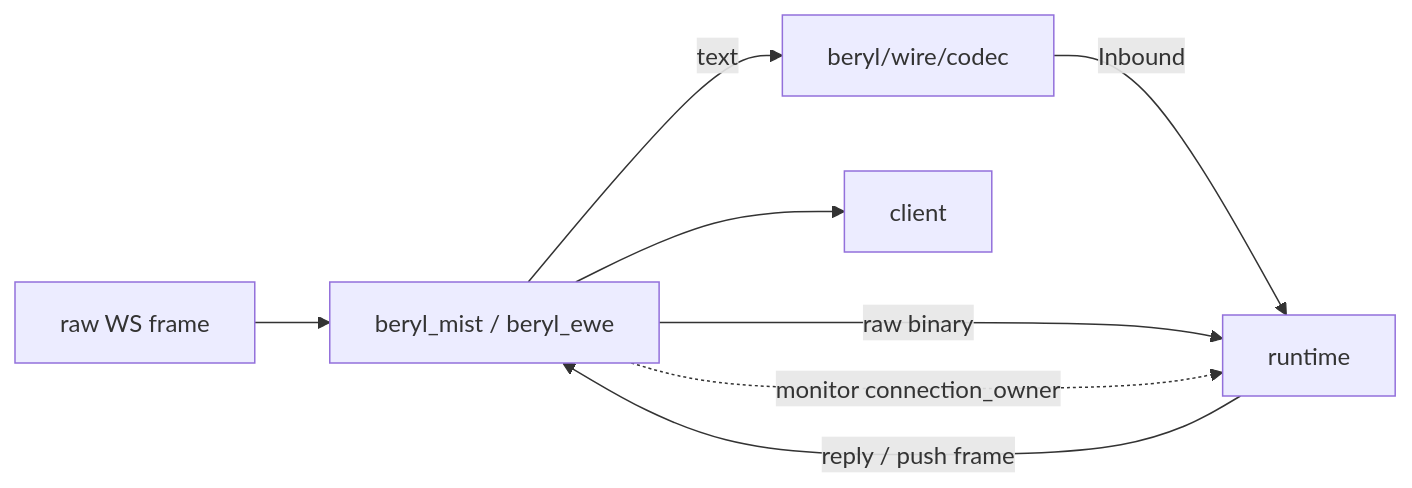
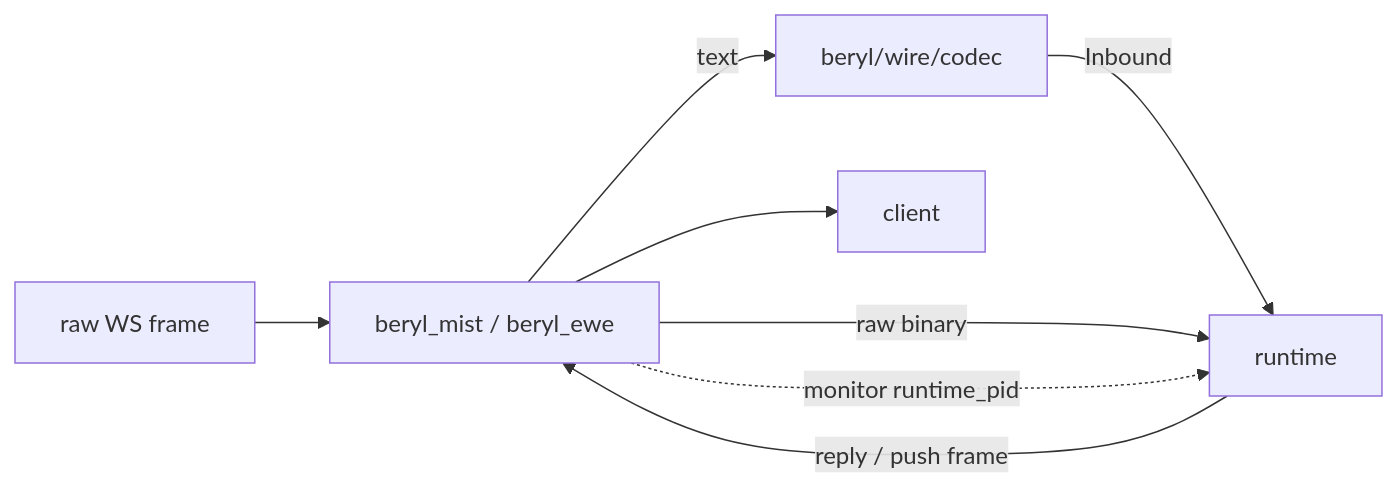
The diagram in website/src/content/docs/architecture/wire-and-transport.md (tylerbutler/beryl), drawn with Mermaid before and after one commit. The commit also changed other lines of this file and 15 other files, not shown here.

````diff
--- a/website/src/content/docs/architecture/wire-and-transport.md
+++ b/website/src/content/docs/architecture/wire-and-transport.md
@@ -86,10 +86,10 @@
 ```mermaid
 flowchart LR
   FR["raw WS frame"] --> TR["beryl_mist / beryl_ewe"]
   TR -->|text| CD["beryl/wire/codec"]
   CD -->|Inbound| RT["runtime"]
   TR -->|raw binary| RT
   RT -->|reply / push frame| TR
   TR --> CL["client"]
-  TR -. monitor connection_owner .-> RT
+  TR -. monitor runtime_pid .-> RT
 ```
````
